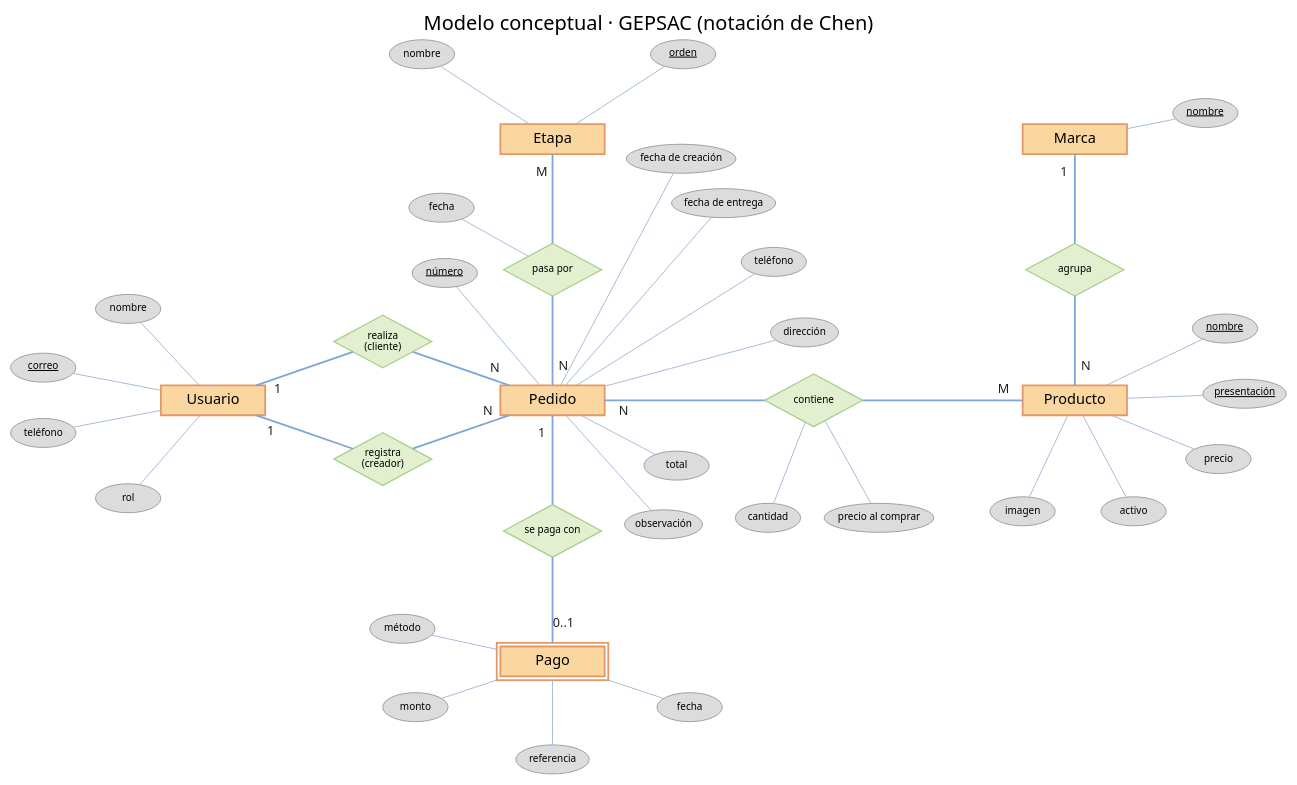
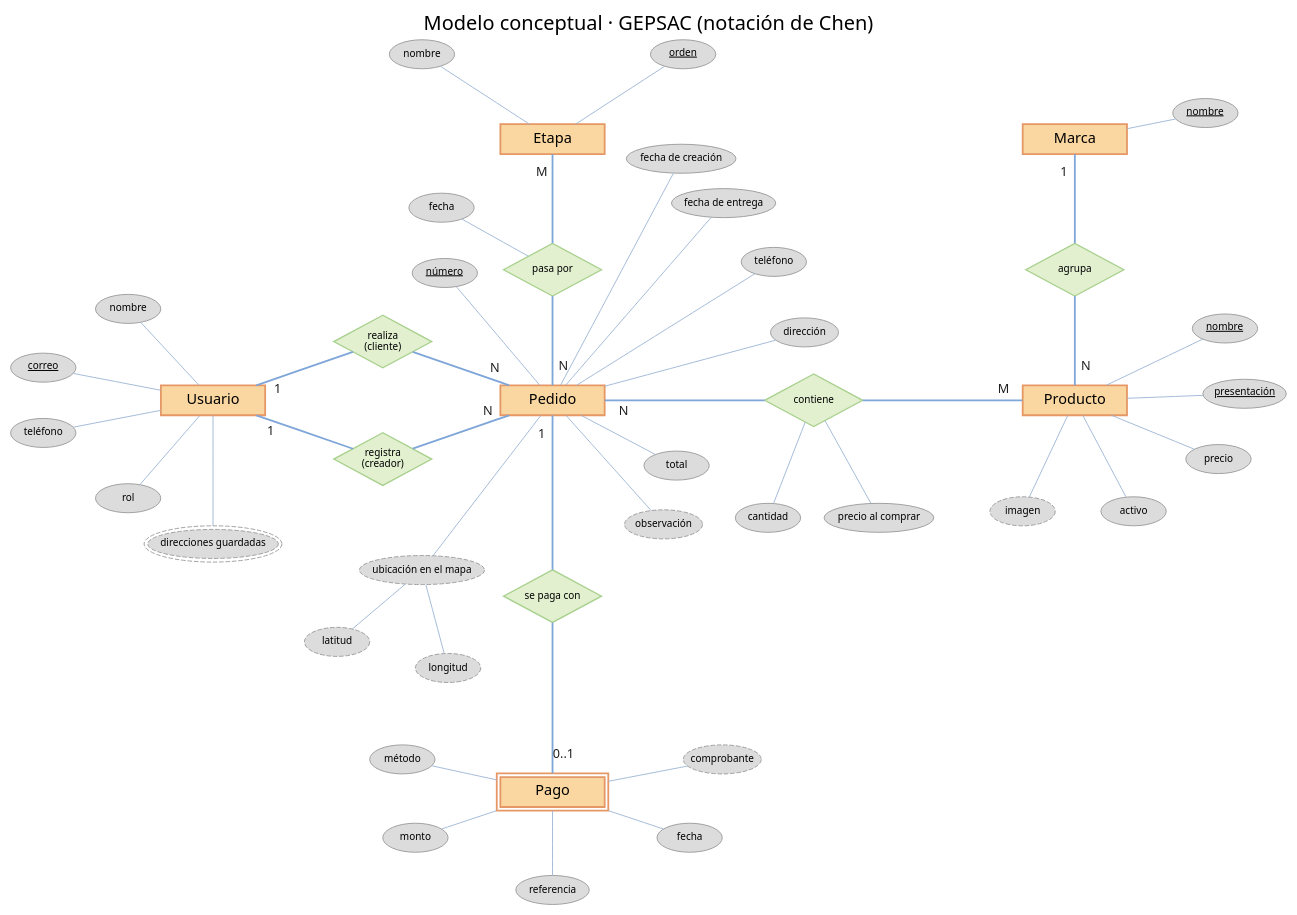
The diagram in docs/diagrams/modelo-conceptual-gepsac.dot (jorgesoto-13/APP-GEPSAC), drawn with Graphviz before and after one commit. The commit also changed 11 other files, not shown here.

Commit message:
Actualiza los modelos conceptual, lógico y físico con las direcciones guardadas, la ubicación en el mapa y el comprobante de pago

```diff
--- a/docs/diagrams/modelo-conceptual-gepsac.dot
+++ b/docs/diagrams/modelo-conceptual-gepsac.dot
@@ -8,46 +8,49 @@
   bgcolor=white
   node [fontname="Segoe UI", fixedsize=true]
   edge [fontname="Segoe UI", color="#7EA6D8", penwidth=2, fontsize=14, labelfontcolor="#1F1F1F", labeldistance=2.4, labelangle=-30]
-  usu [label="Usuario", shape=box, style=filled, fillcolor="#FAD7A0", color="#E59866", penwidth=2, fontsize=16, width=1.60, height=0.46, pos="3.80,7.00!"]
-  ped [label="Pedido", shape=box, style=filled, fillcolor="#FAD7A0", color="#E59866", penwidth=2, fontsize=16, width=1.60, height=0.46, pos="9.00,7.00!"]
-  pro [label="Producto", shape=box, style=filled, fillcolor="#FAD7A0", color="#E59866", penwidth=2, fontsize=16, width=1.60, height=0.46, pos="17.00,7.00!"]
-  mar [label="Marca", shape=box, style=filled, fillcolor="#FAD7A0", color="#E59866", penwidth=2, fontsize=16, width=1.60, height=0.46, pos="17.00,11.00!"]
-  pag [label="Pago", shape=box, style=filled, fillcolor="#FAD7A0", color="#E59866", penwidth=2, fontsize=16, width=1.60, height=0.46, pos="9.00,3.00!", peripheries=2]
-  eta [label="Etapa", shape=box, style=filled, fillcolor="#FAD7A0", color="#E59866", penwidth=2, fontsize=16, width=1.60, height=0.46, pos="9.00,11.00!"]
-  r_realiza [label="realiza
-(cliente)", shape=diamond, style=filled, fillcolor="#E2F0D0", color="#A9D18E", penwidth=1.5, fontsize=11, width=1.50, height=0.80, pos="6.40,7.90!"]
-  r_registra [label="registra
-(creador)", shape=diamond, style=filled, fillcolor="#E2F0D0", color="#A9D18E", penwidth=1.5, fontsize=11, width=1.50, height=0.80, pos="6.40,6.10!"]
-  r_contiene [label="contiene", shape=diamond, style=filled, fillcolor="#E2F0D0", color="#A9D18E", penwidth=1.5, fontsize=11, width=1.50, height=0.80, pos="13.00,7.00!"]
-  r_agrupa [label="agrupa", shape=diamond, style=filled, fillcolor="#E2F0D0", color="#A9D18E", penwidth=1.5, fontsize=11, width=1.50, height=0.80, pos="17.00,9.00!"]
+  usu [label="Usuario", shape=box, style=filled, fillcolor="#FAD7A0", color="#E59866", penwidth=2, fontsize=16, width=1.60, height=0.46, pos="3.80,8.00!"]
+  ped [label="Pedido", shape=box, style=filled, fillcolor="#FAD7A0", color="#E59866", penwidth=2, fontsize=16, width=1.60, height=0.46, pos="9.00,8.00!"]
+  pro [label="Producto", shape=box, style=filled, fillcolor="#FAD7A0", color="#E59866", penwidth=2, fontsize=16, width=1.60, height=0.46, pos="17.00,8.00!"]
+  mar [label="Marca", shape=box, style=filled, fillcolor="#FAD7A0", color="#E59866", penwidth=2, fontsize=16, width=1.60, height=0.46, pos="17.00,12.00!"]
+  pag [label="Pago", shape=box, style=filled, fillcolor="#FAD7A0", color="#E59866", penwidth=2, fontsize=16, width=1.60, height=0.46, pos="9.00,2.00!", peripheries=2]
+  eta [label="Etapa", shape=box, style=filled, fillcolor="#FAD7A0", color="#E59866", penwidth=2, fontsize=16, width=1.60, height=0.46, pos="9.00,12.00!"]
+  r_realiza [label="realiza\n(cliente)", shape=diamond, style=filled, fillcolor="#E2F0D0", color="#A9D18E", penwidth=1.5, fontsize=11, width=1.50, height=0.80, pos="6.40,8.90!"]
+  r_registra [label="registra\n(creador)", shape=diamond, style=filled, fillcolor="#E2F0D0", color="#A9D18E", penwidth=1.5, fontsize=11, width=1.50, height=0.80, pos="6.40,7.10!"]
+  r_contiene [label="contiene", shape=diamond, style=filled, fillcolor="#E2F0D0", color="#A9D18E", penwidth=1.5, fontsize=11, width=1.50, height=0.80, pos="13.00,8.00!"]
+  r_agrupa [label="agrupa", shape=diamond, style=filled, fillcolor="#E2F0D0", color="#A9D18E", penwidth=1.5, fontsize=11, width=1.50, height=0.80, pos="17.00,10.00!"]
   r_paga [label="se paga con", shape=diamond, style=filled, fillcolor="#E2F0D0", color="#A9D18E", penwidth=1.5, fontsize=11, width=1.50, height=0.80, pos="9.00,5.00!"]
-  r_pasa [label="pasa por", shape=diamond, style=filled, fillcolor="#E2F0D0", color="#A9D18E", penwidth=1.5, fontsize=11, width=1.50, height=0.80, pos="9.00,9.00!"]
-  a_usu_0 [label="nombre", shape=ellipse, style=filled, fillcolor="#DCDCDC", color="#9A9A9A", fontsize=11, width=1.00, height=0.44, pos="2.50,8.40!"]
-  a_usu_1 [label=<<U>correo</U>>, shape=ellipse, style=filled, fillcolor="#DCDCDC", color="#9A9A9A", fontsize=11, width=1.00, height=0.44, pos="1.20,7.50!"]
-  a_usu_2 [label="teléfono", shape=ellipse, style=filled, fillcolor="#DCDCDC", color="#9A9A9A", fontsize=11, width=1.00, height=0.44, pos="1.20,6.50!"]
-  a_usu_3 [label="rol", shape=ellipse, style=filled, fillcolor="#DCDCDC", color="#9A9A9A", fontsize=11, width=1.00, height=0.44, pos="2.50,5.50!"]
-  a_eta_0 [label="nombre", shape=ellipse, style=filled, fillcolor="#DCDCDC", color="#9A9A9A", fontsize=11, width=1.00, height=0.44, pos="7.00,12.30!"]
-  a_eta_1 [label=<<U>orden</U>>, shape=ellipse, style=filled, fillcolor="#DCDCDC", color="#9A9A9A", fontsize=11, width=1.00, height=0.44, pos="11.00,12.30!"]
-  a_mar_0 [label=<<U>nombre</U>>, shape=ellipse, style=filled, fillcolor="#DCDCDC", color="#9A9A9A", fontsize=11, width=1.00, height=0.44, pos="19.00,11.40!"]
-  a_pro_0 [label=<<U>nombre</U>>, shape=ellipse, style=filled, fillcolor="#DCDCDC", color="#9A9A9A", fontsize=11, width=1.00, height=0.44, pos="19.30,8.10!"]
-  a_pro_1 [label=<<U>presentación</U>>, shape=ellipse, style=filled, fillcolor="#DCDCDC", color="#9A9A9A", fontsize=11, width=1.28, height=0.44, pos="19.60,7.10!"]
-  a_pro_2 [label="precio", shape=ellipse, style=filled, fillcolor="#DCDCDC", color="#9A9A9A", fontsize=11, width=1.00, height=0.44, pos="19.20,6.10!"]
-  a_pro_3 [label="activo", shape=ellipse, style=filled, fillcolor="#DCDCDC", color="#9A9A9A", fontsize=11, width=1.00, height=0.44, pos="17.90,5.30!"]
-  a_pro_4 [label="imagen", shape=ellipse, style=filled, fillcolor="#DCDCDC", color="#9A9A9A", fontsize=11, width=1.00, height=0.44, pos="16.20,5.30!"]
-  a_pag_0 [label="método", shape=ellipse, style=filled, fillcolor="#DCDCDC", color="#9A9A9A", fontsize=11, width=1.00, height=0.44, pos="6.70,3.50!"]
-  a_pag_1 [label="monto", shape=ellipse, style=filled, fillcolor="#DCDCDC", color="#9A9A9A", fontsize=11, width=1.00, height=0.44, pos="6.90,2.30!"]
-  a_pag_2 [label="referencia", shape=ellipse, style=filled, fillcolor="#DCDCDC", color="#9A9A9A", fontsize=11, width=1.12, height=0.44, pos="9.00,1.50!"]
-  a_pag_3 [label="fecha", shape=ellipse, style=filled, fillcolor="#DCDCDC", color="#9A9A9A", fontsize=11, width=1.00, height=0.44, pos="11.10,2.30!"]
-  a_ped_0 [label="dirección", shape=ellipse, style=filled, fillcolor="#DCDCDC", color="#9A9A9A", fontsize=11, width=1.04, height=0.44, pos="12.86,8.04!"]
-  a_ped_1 [label="teléfono", shape=ellipse, style=filled, fillcolor="#DCDCDC", color="#9A9A9A", fontsize=11, width=1.00, height=0.44, pos="12.39,9.12!"]
-  a_ped_2 [label="fecha de entrega", shape=ellipse, style=filled, fillcolor="#DCDCDC", color="#9A9A9A", fontsize=11, width=1.60, height=0.44, pos="11.62,10.02!"]
-  a_ped_3 [label="fecha de creación", shape=ellipse, style=filled, fillcolor="#DCDCDC", color="#9A9A9A", fontsize=11, width=1.68, height=0.44, pos="10.97,10.70!"]
-  a_ped_4 [label="total", shape=ellipse, style=filled, fillcolor="#DCDCDC", color="#9A9A9A", fontsize=11, width=1.00, height=0.44, pos="10.90,6.00!"]
-  a_ped_5 [label="observación", shape=ellipse, style=filled, fillcolor="#DCDCDC", color="#9A9A9A", fontsize=11, width=1.20, height=0.44, pos="10.70,5.10!"]
-  a_ped_6 [label=<<U>número</U>>, shape=ellipse, style=filled, fillcolor="#DCDCDC", color="#9A9A9A", fontsize=11, width=1.00, height=0.44, pos="7.35,8.95!"]
-  ar_contiene_0 [label="cantidad", shape=ellipse, style=filled, fillcolor="#DCDCDC", color="#9A9A9A", fontsize=11, width=1.00, height=0.44, pos="12.30,5.20!"]
-  ar_contiene_1 [label="precio al comprar", shape=ellipse, style=filled, fillcolor="#DCDCDC", color="#9A9A9A", fontsize=11, width=1.68, height=0.44, pos="14.00,5.20!"]
-  ar_pasa_0 [label="fecha", shape=ellipse, style=filled, fillcolor="#DCDCDC", color="#9A9A9A", fontsize=11, width=1.00, height=0.44, pos="7.30,9.95!"]
+  r_pasa [label="pasa por", shape=diamond, style=filled, fillcolor="#E2F0D0", color="#A9D18E", penwidth=1.5, fontsize=11, width=1.50, height=0.80, pos="9.00,10.00!"]
+  a_usu_0 [label="nombre", shape=ellipse, style="filled", fillcolor="#DCDCDC", color="#9A9A9A", fontsize=11, width=1.00, height=0.44, pos="2.50,9.40!"]
+  a_usu_1 [label=<<U>correo</U>>, shape=ellipse, style="filled", fillcolor="#DCDCDC", color="#9A9A9A", fontsize=11, width=1.00, height=0.44, pos="1.20,8.50!"]
+  a_usu_2 [label="teléfono", shape=ellipse, style="filled", fillcolor="#DCDCDC", color="#9A9A9A", fontsize=11, width=1.00, height=0.44, pos="1.20,7.50!"]
+  a_usu_3 [label="rol", shape=ellipse, style="filled", fillcolor="#DCDCDC", color="#9A9A9A", fontsize=11, width=1.00, height=0.44, pos="2.50,6.50!"]
+  a_usu_4 [label="direcciones guardadas", shape=ellipse, style="filled,dashed", fillcolor="#DCDCDC", color="#9A9A9A", fontsize=11, width=2.00, height=0.44, pos="3.80,5.80!", peripheries=2]
+  a_eta_0 [label="nombre", shape=ellipse, style="filled", fillcolor="#DCDCDC", color="#9A9A9A", fontsize=11, width=1.00, height=0.44, pos="7.00,13.30!"]
+  a_eta_1 [label=<<U>orden</U>>, shape=ellipse, style="filled", fillcolor="#DCDCDC", color="#9A9A9A", fontsize=11, width=1.00, height=0.44, pos="11.00,13.30!"]
+  a_mar_0 [label=<<U>nombre</U>>, shape=ellipse, style="filled", fillcolor="#DCDCDC", color="#9A9A9A", fontsize=11, width=1.00, height=0.44, pos="19.00,12.40!"]
+  a_pro_0 [label=<<U>nombre</U>>, shape=ellipse, style="filled", fillcolor="#DCDCDC", color="#9A9A9A", fontsize=11, width=1.00, height=0.44, pos="19.30,9.10!"]
+  a_pro_1 [label=<<U>presentación</U>>, shape=ellipse, style="filled", fillcolor="#DCDCDC", color="#9A9A9A", fontsize=11, width=1.28, height=0.44, pos="19.60,8.10!"]
+  a_pro_2 [label="precio", shape=ellipse, style="filled", fillcolor="#DCDCDC", color="#9A9A9A", fontsize=11, width=1.00, height=0.44, pos="19.20,7.10!"]
+  a_pro_3 [label="activo", shape=ellipse, style="filled", fillcolor="#DCDCDC", color="#9A9A9A", fontsize=11, width=1.00, height=0.44, pos="17.90,6.30!"]
+  a_pro_4 [label="imagen", shape=ellipse, style="filled,dashed", fillcolor="#DCDCDC", color="#9A9A9A", fontsize=11, width=1.00, height=0.44, pos="16.20,6.30!"]
+  a_a_ped_7_0 [label="latitud", shape=ellipse, style="filled,dashed", fillcolor="#DCDCDC", color="#9A9A9A", fontsize=11, width=1.00, height=0.44, pos="5.70,4.30!"]
+  a_a_ped_7_1 [label="longitud", shape=ellipse, style="filled,dashed", fillcolor="#DCDCDC", color="#9A9A9A", fontsize=11, width=1.00, height=0.44, pos="7.40,3.90!"]
+  a_pag_0 [label="método", shape=ellipse, style="filled", fillcolor="#DCDCDC", color="#9A9A9A", fontsize=11, width=1.00, height=0.44, pos="6.70,2.50!"]
+  a_pag_1 [label="monto", shape=ellipse, style="filled", fillcolor="#DCDCDC", color="#9A9A9A", fontsize=11, width=1.00, height=0.44, pos="6.90,1.30!"]
+  a_pag_2 [label="referencia", shape=ellipse, style="filled", fillcolor="#DCDCDC", color="#9A9A9A", fontsize=11, width=1.12, height=0.44, pos="9.00,0.50!"]
+  a_pag_3 [label="fecha", shape=ellipse, style="filled", fillcolor="#DCDCDC", color="#9A9A9A", fontsize=11, width=1.00, height=0.44, pos="11.10,1.30!"]
+  a_pag_4 [label="comprobante", shape=ellipse, style="filled,dashed", fillcolor="#DCDCDC", color="#9A9A9A", fontsize=11, width=1.20, height=0.44, pos="11.60,2.50!"]
+  a_ped_0 [label="dirección", shape=ellipse, style="filled", fillcolor="#DCDCDC", color="#9A9A9A", fontsize=11, width=1.04, height=0.44, pos="12.86,9.04!"]
+  a_ped_1 [label="teléfono", shape=ellipse, style="filled", fillcolor="#DCDCDC", color="#9A9A9A", fontsize=11, width=1.00, height=0.44, pos="12.39,10.12!"]
+  a_ped_2 [label="fecha de entrega", shape=ellipse, style="filled", fillcolor="#DCDCDC", color="#9A9A9A", fontsize=11, width=1.60, height=0.44, pos="11.62,11.02!"]
+  a_ped_3 [label="fecha de creación", shape=ellipse, style="filled", fillcolor="#DCDCDC", color="#9A9A9A", fontsize=11, width=1.68, height=0.44, pos="10.97,11.70!"]
+  a_ped_4 [label="total", shape=ellipse, style="filled", fillcolor="#DCDCDC", color="#9A9A9A", fontsize=11, width=1.00, height=0.44, pos="10.90,7.00!"]
+  a_ped_5 [label="observación", shape=ellipse, style="filled,dashed", fillcolor="#DCDCDC", color="#9A9A9A", fontsize=11, width=1.20, height=0.44, pos="10.70,6.10!"]
+  a_ped_6 [label=<<U>número</U>>, shape=ellipse, style="filled", fillcolor="#DCDCDC", color="#9A9A9A", fontsize=11, width=1.00, height=0.44, pos="7.35,9.95!"]
+  a_ped_7 [label="ubicación en el mapa", shape=ellipse, style="filled,dashed", fillcolor="#DCDCDC", color="#9A9A9A", fontsize=11, width=1.92, height=0.44, pos="7.00,5.40!"]
+  ar_contiene_0 [label="cantidad", shape=ellipse, style="filled", fillcolor="#DCDCDC", color="#9A9A9A", fontsize=11, width=1.00, height=0.44, pos="12.30,6.20!"]
+  ar_contiene_1 [label="precio al comprar", shape=ellipse, style="filled", fillcolor="#DCDCDC", color="#9A9A9A", fontsize=11, width=1.68, height=0.44, pos="14.00,6.20!"]
+  ar_pasa_0 [label="fecha", shape=ellipse, style="filled", fillcolor="#DCDCDC", color="#9A9A9A", fontsize=11, width=1.00, height=0.44, pos="7.30,10.95!"]
   usu -- r_realiza [taillabel="1"]
   r_realiza -- ped [headlabel="N"]
   usu -- r_registra [taillabel="1"]
@@ -65,6 +68,7 @@
   usu -- a_usu_1
   usu -- a_usu_2
   usu -- a_usu_3
+  usu -- a_usu_4
   eta -- a_eta_0
   eta -- a_eta_1
   mar -- a_mar_0
@@ -73,10 +77,13 @@
   pro -- a_pro_2
   pro -- a_pro_3
   pro -- a_pro_4
+  a_ped_7 -- a_a_ped_7_0
+  a_ped_7 -- a_a_ped_7_1
   pag -- a_pag_0
   pag -- a_pag_1
   pag -- a_pag_2
   pag -- a_pag_3
+  pag -- a_pag_4
   ped -- a_ped_0
   ped -- a_ped_1
   ped -- a_ped_2
@@ -84,6 +91,7 @@
   ped -- a_ped_4
   ped -- a_ped_5
   ped -- a_ped_6
+  ped -- a_ped_7
   r_contiene -- ar_contiene_0
   r_contiene -- ar_contiene_1
   r_pasa -- ar_pasa_0
```
